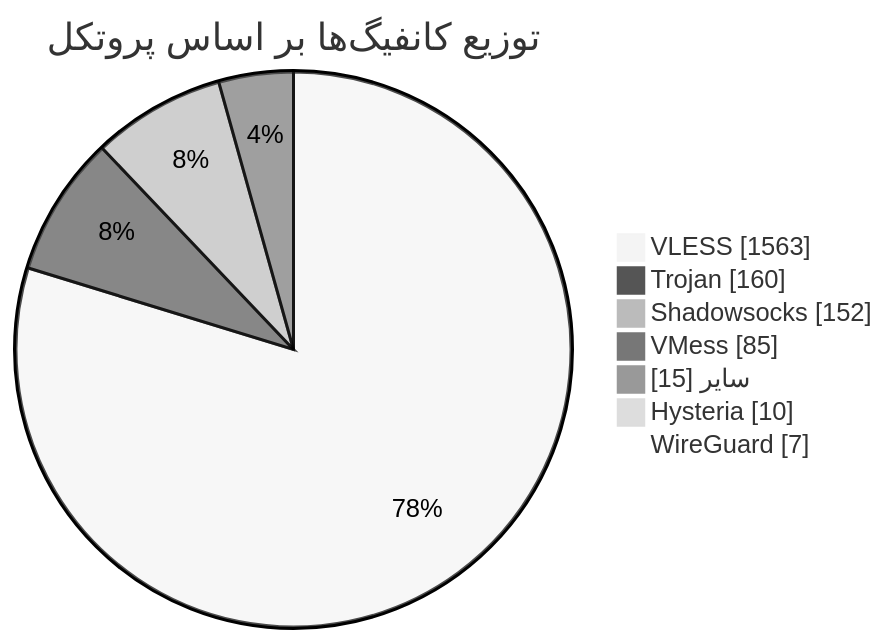
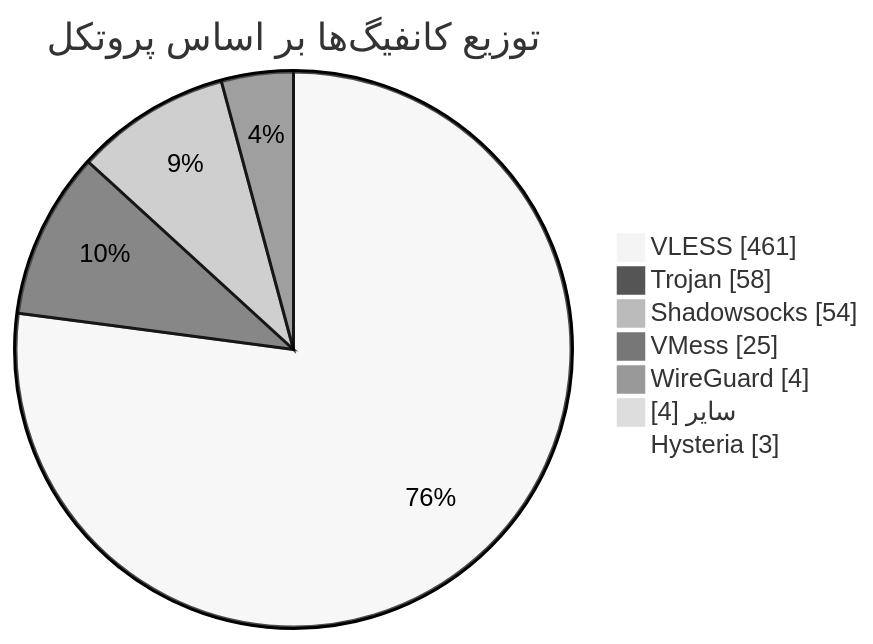
One commit to Arian-Alijani/Somthing changed the diagram in README.md. Above: the diagram before and after it, drawn with Mermaid (neutral theme). The commit also changed other lines of this file and 21 other files, not shown here.

````diff
--- a/README.md
+++ b/README.md
@@ -49,11 +49,11 @@
 ```mermaid
 pie showData
     title توزیع کانفیگ‌ها بر اساس پروتکل
-    "VLESS" : 1563
-    "Trojan" : 160
-    "Shadowsocks" : 152
-    "VMess" : 85
-    "سایر" : 15
-    "Hysteria" : 10
-    "WireGuard" : 7
+    "VLESS" : 461
+    "Trojan" : 58
+    "Shadowsocks" : 54
+    "VMess" : 25
+    "WireGuard" : 4
+    "سایر" : 4
+    "Hysteria" : 3
 ```
````
